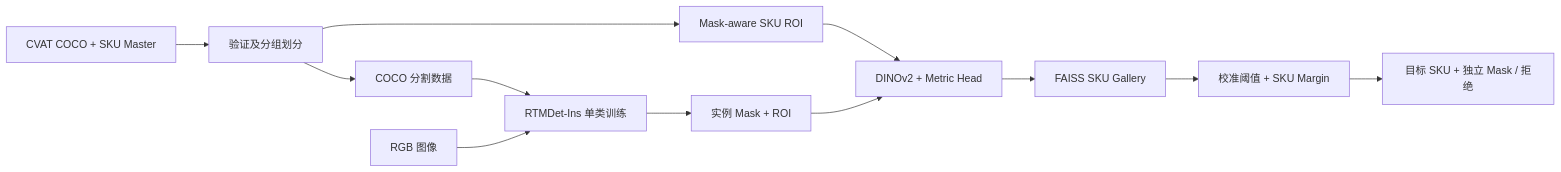
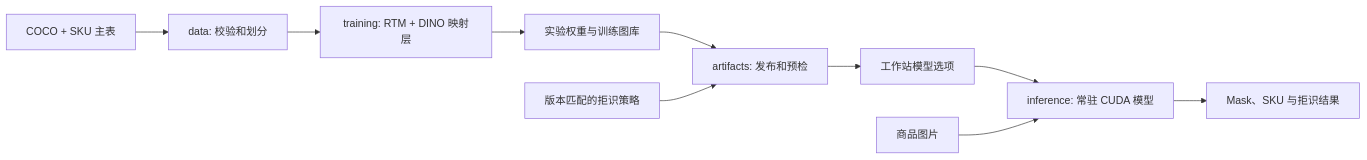
The diagram in docs/ARCHITECTURE.md (Sunfuc1us/retailision), drawn with Mermaid before and after one commit. The commit also changed other lines of this file and 170 other files, not shown here.

````diff
--- a/docs/ARCHITECTURE.md
+++ b/docs/ARCHITECTURE.md
@@ -5,14 +21,12 @@
 ```mermaid
 flowchart LR
- CVAT[CVAT COCO + SKU Master] --> Validate[验证及分组划分]
- Validate --> SegData[COCO 分割数据]
- Validate --> ROI[Mask-aware SKU ROI]
- SegData --> RTM[RTMDet-Ins 单类训练]
- ROI --> DINO[DINOv2 + Metric Head]
- DINO --> Gallery[FAISS SKU Gallery]
- RGB[RGB 图像] --> RTM
- RTM --> Crop[实例 Mask + ROI]
- Crop --> DINO
- Gallery --> Reject[校准阈值 + SKU Margin]
- Reject --> Result[目标 SKU + 独立 Mask / 拒绝]
+  Input[COCO + SKU 主表] --> Data[data: 校验和划分]
+  Data --> Training[training: RTM + DINO 映射层]
+  Training --> Experiment[实验权重与训练图库]
+  Experiment --> Publish[artifacts: 发布和预检]
+  Policy[版本匹配的拒识策略] --> Publish
+  Publish --> Profile[工作站模型选项]
+  Profile --> Runtime[inference: 常驻 CUDA 模型]
+  RGB[商品图片] --> Runtime
+  Runtime --> Result[Mask、SKU 与拒识结果]
 ```
````
